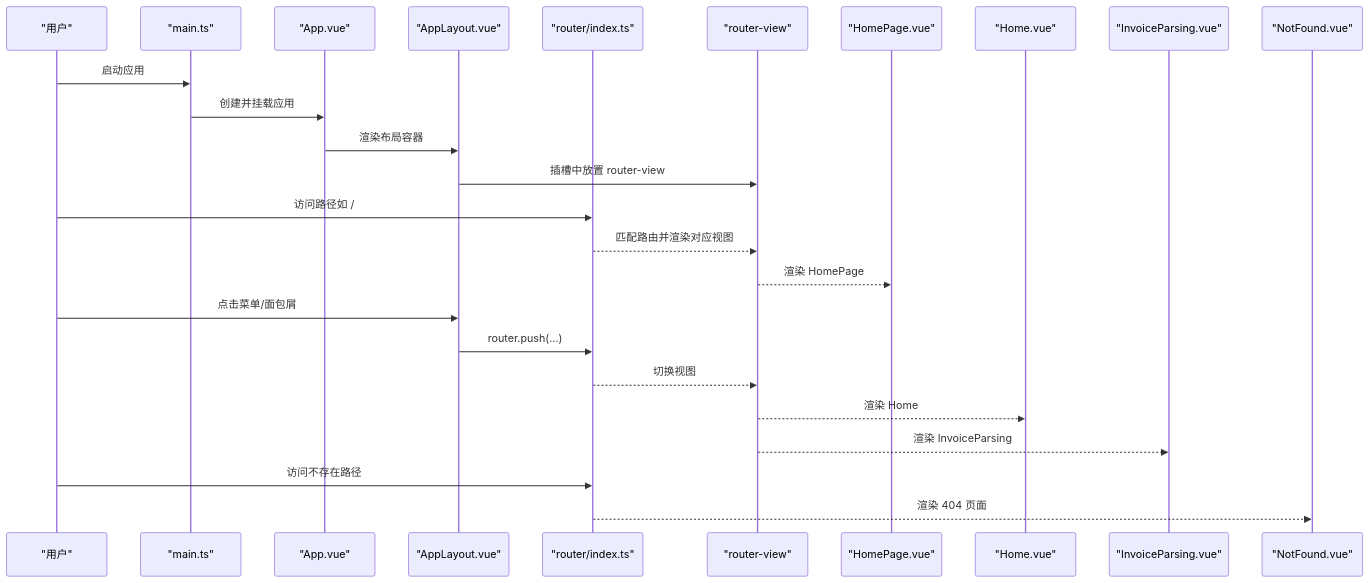
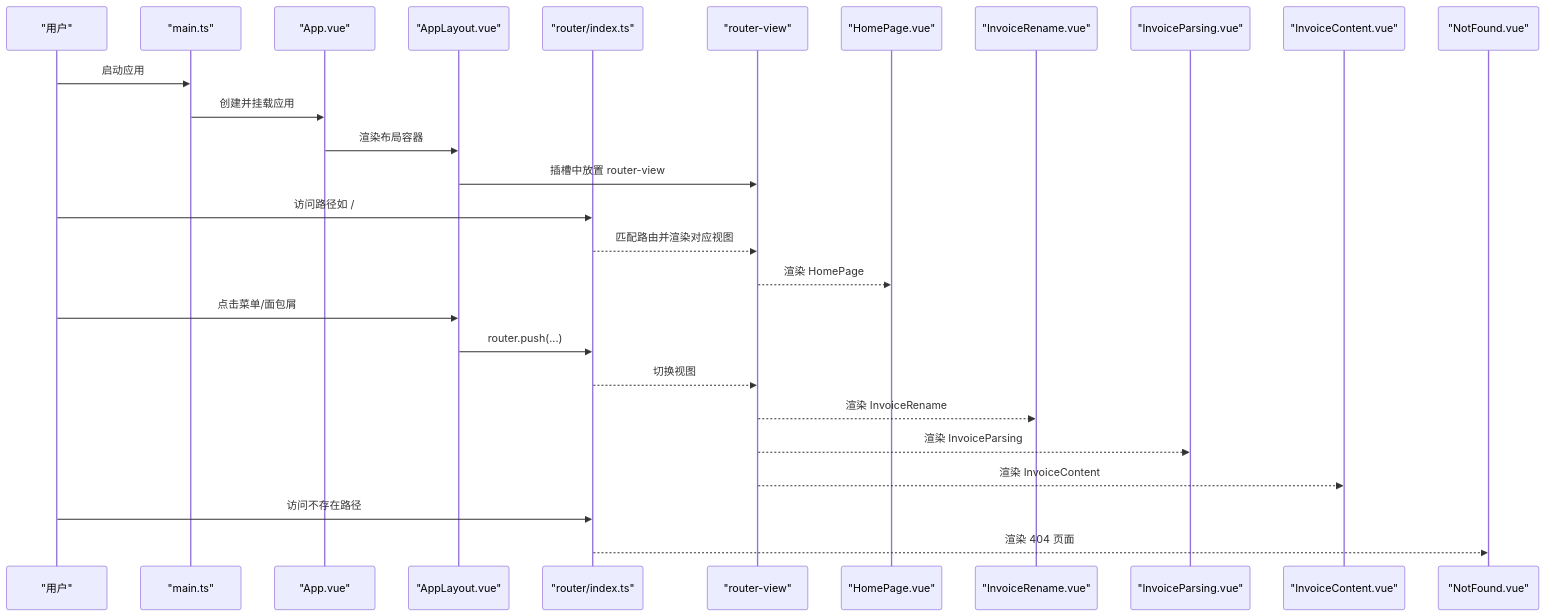
Before and after one commit to dunhuixiao/FinanceTools: the second of 7 diagrams in .qoder/repowiki/zh/content/路由与导航.md, drawn with Mermaid. The commit also changed other lines of this file and 20 other files, not shown here.

````diff
--- a/.qoder/repowiki/zh/content/路由与导航.md
+++ b/.qoder/repowiki/zh/content/路由与导航.md
@@ -74,27 +77,29 @@
 ```mermaid
 sequenceDiagram
 participant U as "用户"
 participant M as "main.ts"
 participant APP as "App.vue"
 participant L as "AppLayout.vue"
 participant R as "router/index.ts"
 participant V as "router-view"
 participant H as "HomePage.vue"
-participant IR as "Home.vue"
+participant IR as "InvoiceRename.vue"
 participant IP as "InvoiceParsing.vue"
+participant IC as "InvoiceContent.vue"
 participant NF as "NotFound.vue"
 U->>M : 启动应用
 M->>APP : 创建并挂载应用
 APP->>L : 渲染布局容器
 L->>V : 插槽中放置 router-view
 U->>R : 访问路径如 /
 R-->>V : 匹配路由并渲染对应视图
 V-->>H : 渲染 HomePage
 U->>L : 点击菜单/面包屑
 L->>R : router.push(...)
 R-->>V : 切换视图
-V-->>IR : 渲染 Home
+V-->>IR : 渲染 InvoiceRename
 V-->>IP : 渲染 InvoiceParsing
+V-->>IC : 渲染 InvoiceContent
 U->>R : 访问不存在路径
 R-->>NF : 渲染 404 页面
 ```
````
